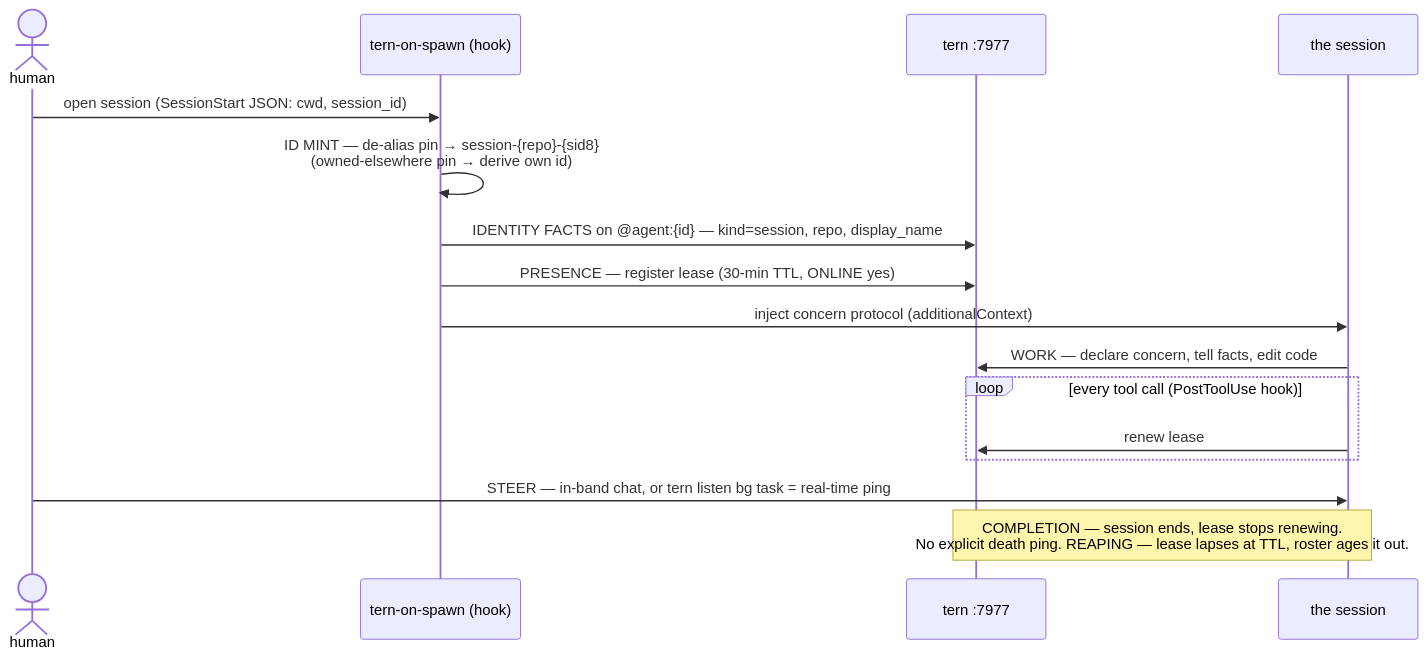
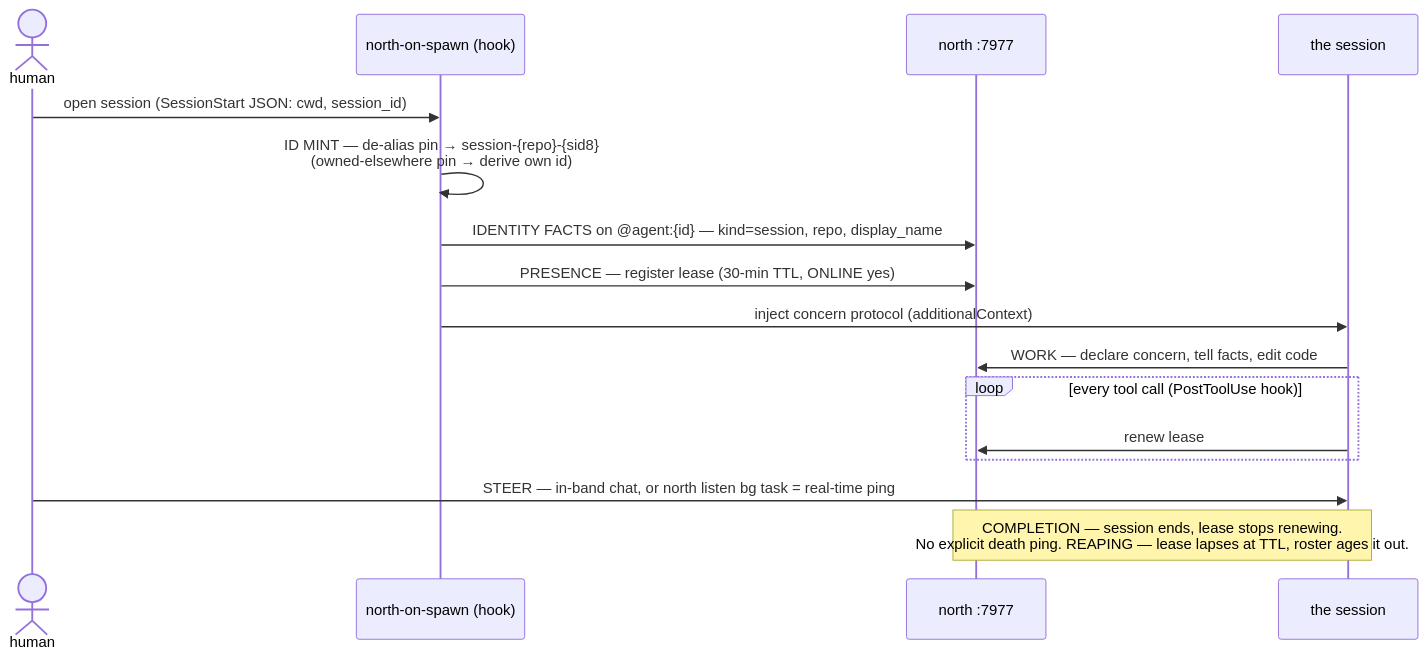
The third of 10 diagrams in dotfiles/claude/docs/workflow-map.md (tompassarelli/firn), drawn with Mermaid before and after one commit. The commit also changed other lines of this file and 7 other files, not shown here.

First line of the commit message:
rename(docs): tern→north — workflow-map, north.md, agent-protocol, praxis

````diff
--- a/dotfiles/claude/docs/workflow-map.md
+++ b/dotfiles/claude/docs/workflow-map.md
@@ -109,18 +109,18 @@
 ```mermaid
 sequenceDiagram
     actor H as human
-    participant K as tern-on-spawn (hook)
-    participant T as tern :7977
+    participant K as north-on-spawn (hook)
+    participant T as north :7977
     participant S as the session
     H->>K: open session (SessionStart JSON: cwd, session_id)
     K->>K: ID MINT — de-alias pin → session-{repo}-{sid8}<br/>(owned-elsewhere pin → derive own id)
     K->>T: IDENTITY FACTS on @agent:{id} — kind=session, repo, display_name
     K->>T: PRESENCE — register lease (30-min TTL, ONLINE yes)
     K->>S: inject concern protocol (additionalContext)
     S->>T: WORK — declare concern, tell facts, edit code
     loop every tool call (PostToolUse hook)
         S->>T: renew lease
     end
-    H->>S: STEER — in-band chat, or tern listen bg task = real-time ping
+    H->>S: STEER — in-band chat, or north listen bg task = real-time ping
     Note over S,T: COMPLETION — session ends, lease stops renewing.<br/>No explicit death ping. REAPING — lease lapses at TTL, roster ages it out.
 ```
````
